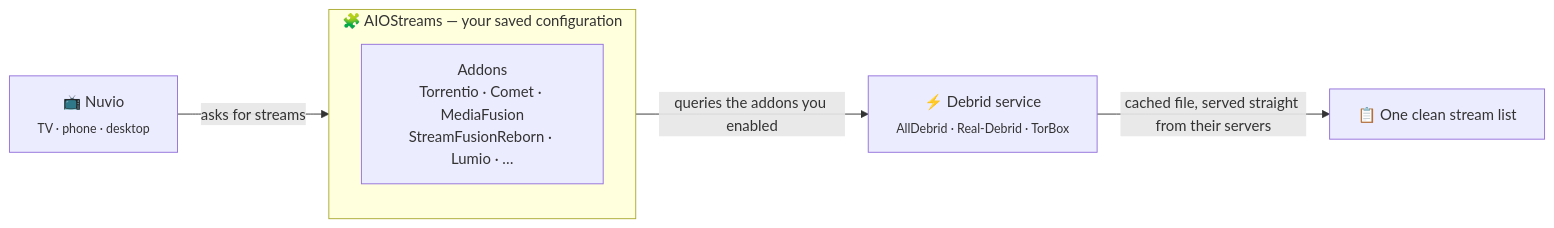
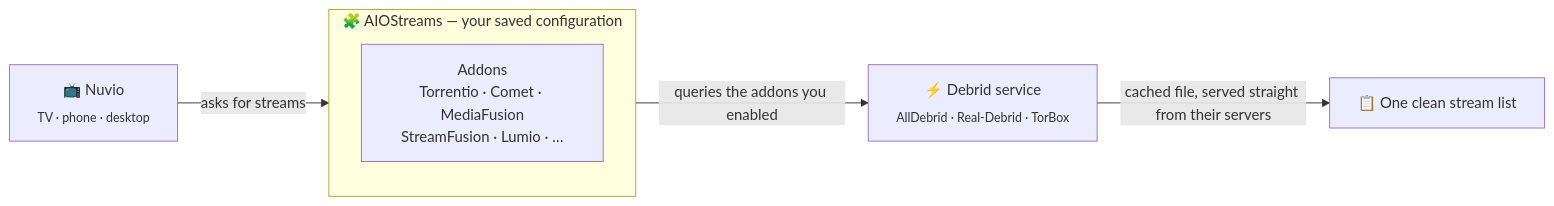
One commit to AmineDjeghri/personal-os-setup changed the diagram in docs/android-tv/nuvio-stremio-aiostreams.md. Above: the diagram before and after it, drawn with Mermaid. The commit also changed other lines of this file and 6 other files, not shown here.

````diff
--- a/docs/android-tv/nuvio-stremio-aiostreams.md
+++ b/docs/android-tv/nuvio-stremio-aiostreams.md
@@ -38,16 +25,16 @@
 ```mermaid
 flowchart LR
     Client["📺 Nuvio<br/><sub>TV · phone · desktop</sub>"]
 
     subgraph ConfigGroup["🧩 AIOStreams — your saved configuration"]
-        Addons["Addons<br/>Torrentio · Comet · MediaFusion<br/>StreamFusionReborn · Lumio · …"]
+        Addons["Addons<br/>Torrentio · Comet · MediaFusion<br/>StreamFusion · Lumio · …"]
     end
 
     Debrid["⚡ Debrid service<br/><sub>AllDebrid · Real-Debrid · TorBox</sub>"]
 
     List["📋 One clean stream list"]
 
     Client -->|asks for streams| ConfigGroup
     ConfigGroup -->|queries the addons you enabled| Debrid
     Debrid -->|cached file, served straight from their servers| List
 ```
````
